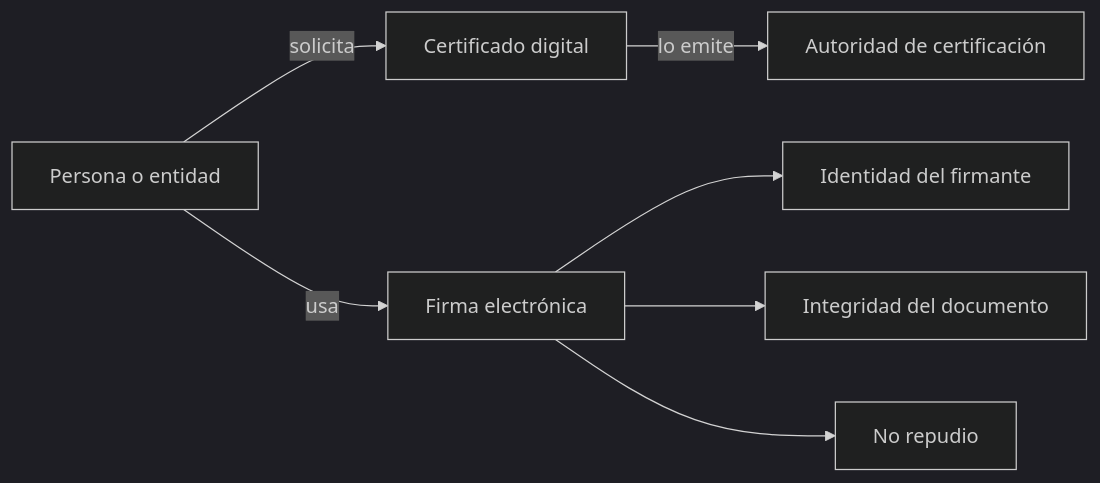
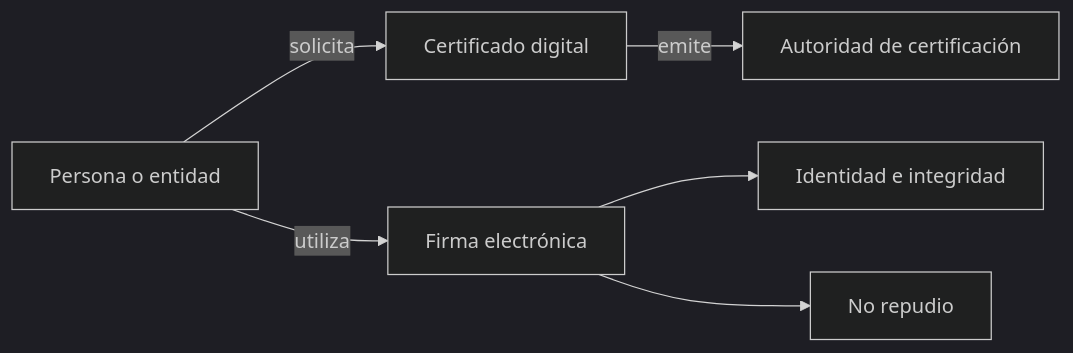
One commit to martalopezron92/2026-2SMR-SEGINF-Material changed the ninth of 10 diagrams in materiales/diapositivas/UD01_diapositivas.md. Above: the diagram before and after it, drawn with Mermaid (dark theme). The commit also changed other lines of this file, not shown here.

````diff
--- a/materiales/diapositivas/UD01_diapositivas.md
+++ b/materiales/diapositivas/UD01_diapositivas.md
@@ -465,9 +326,8 @@
 ```mermaid
 flowchart LR
-    U[Persona o entidad] -->|solicita| C[Certificado digital]
-    C -->|lo emite| AC[Autoridad de certificación]
-    U -->|usa| F[Firma electrónica]
-    F --> ID[Identidad del firmante]
-    F --> IN[Integridad del documento]
-    F --> NR[No repudio]
+ U[Persona o entidad] -->|solicita| C[Certificado digital]
+ C -->|emite| AC[Autoridad de certificación]
+ U -->|utiliza| F[Firma electrónica]
+ F --> I[Identidad e integridad]
+ F --> N[No repudio]
 ```
````
